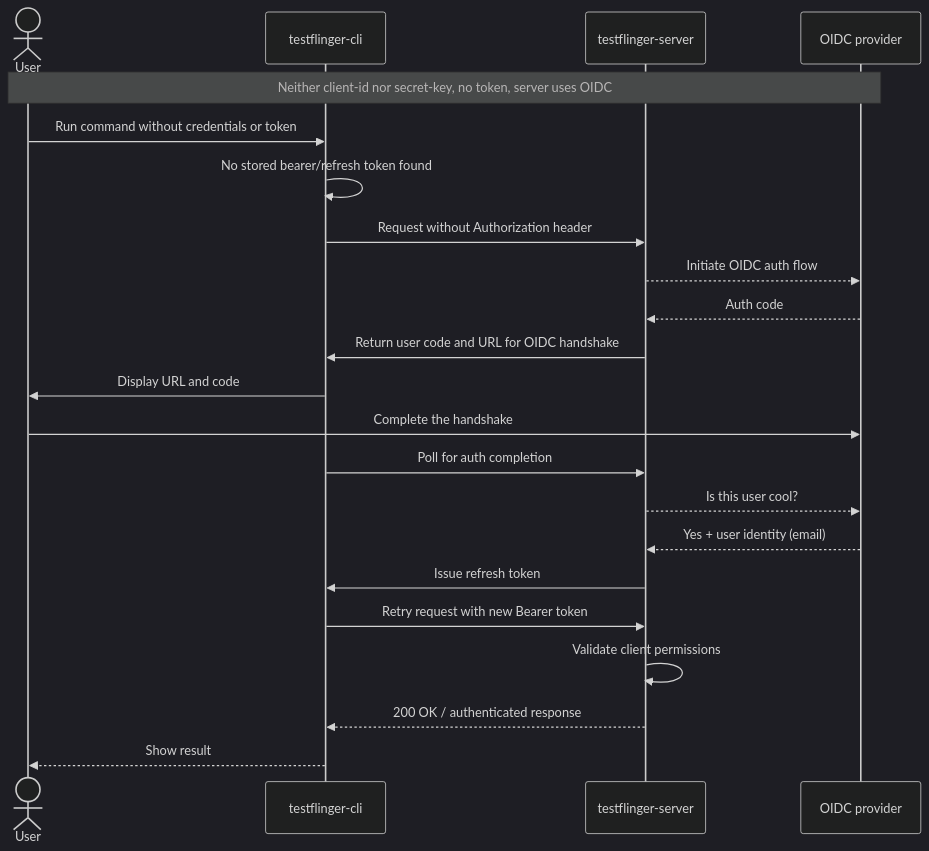
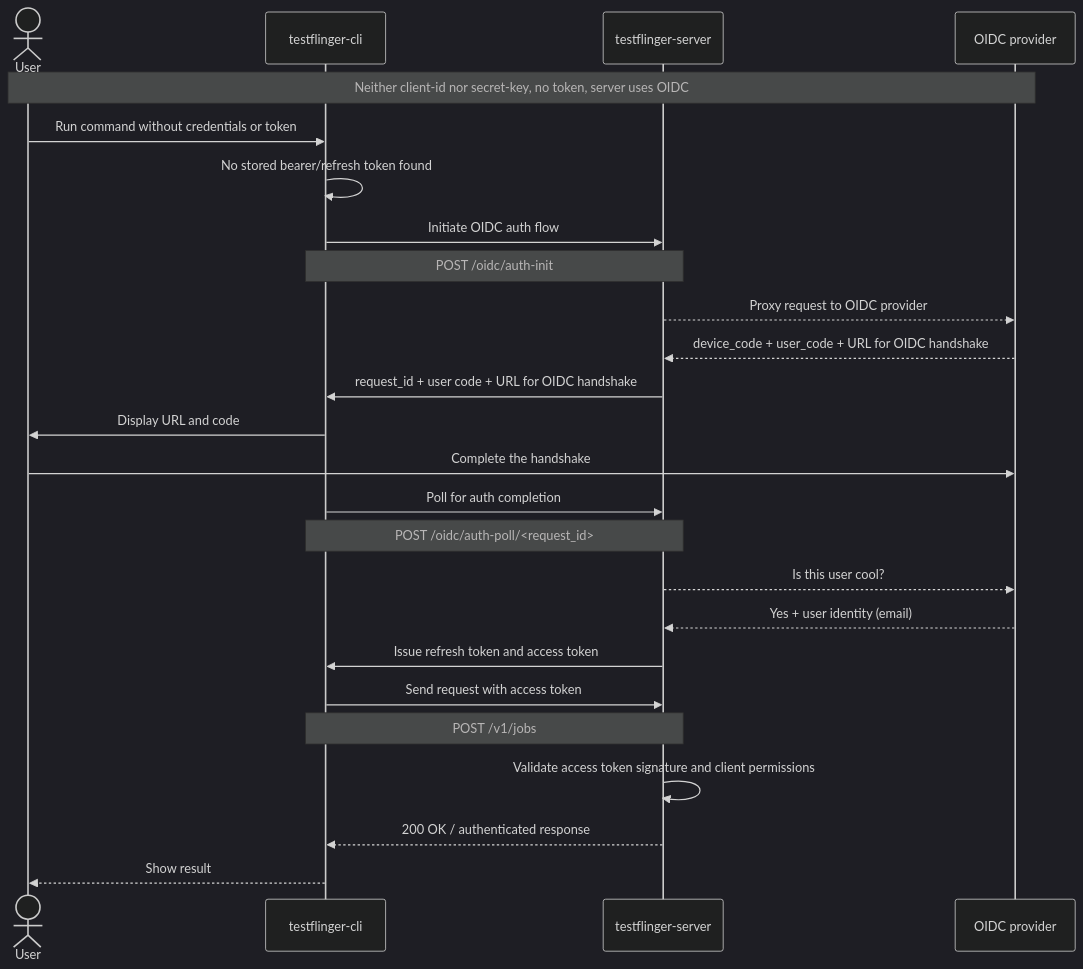
One commit to canonical/testflinger changed the sixth of 7 diagrams in docs/explanation/authentication.rst. Above: the diagram before and after it, drawn with Mermaid (dark theme). The commit also changed other lines of this file, not shown here.

```diff
--- a/docs/explanation/authentication.rst
+++ b/docs/explanation/authentication.rst
@@ -179,28 +195,31 @@
 .. mermaid::
     :alt: Sequence diagram showing no stored token with OIDC enabled, triggering the OIDC flow
     :caption: Sequence diagram showing no stored token with OIDC enabled, triggering the OIDC flow
     :align: center
 
     sequenceDiagram
         actor User
         participant CLI as testflinger-cli
         participant Server as testflinger-server
         participant OIDC as OIDC provider
 
         Note over User,OIDC: Neither client-id nor secret-key, no token, server uses OIDC
         User->>CLI: Run command without credentials or token
         CLI->>CLI: No stored bearer/refresh token found
-        CLI->>Server: Request without Authorization header
-        Server-->>OIDC: Initiate OIDC auth flow
-        OIDC-->>Server: Auth code
-        Server->>CLI: Return user code and URL for OIDC handshake
+        CLI->>Server: Initiate OIDC auth flow
+        Note over CLI,Server: POST /oidc/auth-init
+        Server-->>OIDC: Proxy request to OIDC provider
+        OIDC-->>Server: device_code + user_code + URL for OIDC handshake
+        Server->>CLI: request_id + user code + URL for OIDC handshake
         CLI->>User: Display URL and code
         User->>OIDC: Complete the handshake
         CLI->>Server: Poll for auth completion
+        Note over CLI,Server: POST /oidc/auth-poll/<request_id>
         Server-->>OIDC: Is this user cool?
         OIDC-->>Server: Yes + user identity (email)
-        Server->>CLI: Issue refresh token
-        CLI->>Server: Retry request with new Bearer token
-        Server->>Server: Validate client permissions
+        Server->>CLI: Issue refresh token and access token
+        CLI->>Server: Send request with access token
+        Note over CLI,Server: POST /v1/jobs
+        Server->>Server: Validate access token signature and client permissions
         Server-->>CLI: 200 OK / authenticated response
         CLI-->>User: Show result
```
